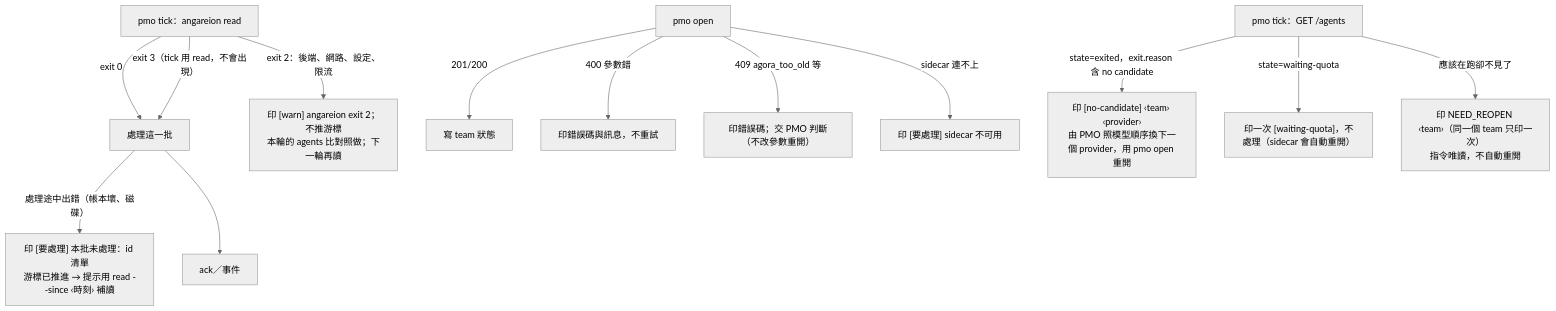
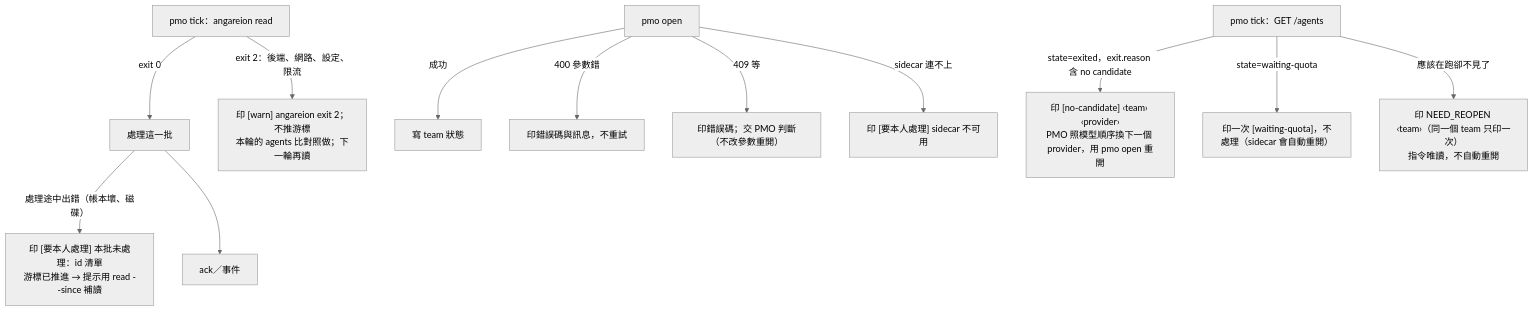
Before and after one commit to FATESAIKOU/MyAiStorage: the fourth of 5 diagrams in docs/design-notes/110-pmo-skill.md, drawn with Mermaid (neutral theme). The commit also changed other lines of this file and 2 other files, not shown here.

````diff
--- a/docs/design-notes/110-pmo-skill.md
+++ b/docs/design-notes/110-pmo-skill.md
@@ -139,15 +160,14 @@
 ```mermaid
 flowchart TD
   R["pmo tick：angareion read"] -->|exit 0| C["處理這一批"]
-  R -->|exit 3（tick 用 read，不會出現）| C
   R -->|exit 2：後端、網路、設定、限流| E2["印 [warn] angareion exit 2；不推游標<br/>本輪的 agents 比對照做；下一輪再讀"]
-  C -->|處理途中出錯（帳本壞、磁碟）| E3["印 [要處理] 本批未處理：id 清單<br/>游標已推進 → 提示用 read --since ‹時刻› 補讀"]
+  C -->|處理途中出錯（帳本壞、磁碟）| E3["印 [要本人處理] 本批未處理：id 清單<br/>游標已推進 → 提示用 read --since 補讀"]
   C --> OK["ack／事件"]
-  O["pmo open"] -->|201/200| ST["寫 team 狀態"]
+  O["pmo open"] -->|成功| ST["寫 team 狀態"]
   O -->|400 參數錯| E4["印錯誤碼與訊息，不重試"]
-  O -->|409 agora_too_old 等| E5["印錯誤碼；交 PMO 判斷（不改參數重開）"]
-  O -->|sidecar 連不上| E6["印 [要處理] sidecar 不可用"]
-  W["pmo tick：GET /agents"] -->|state=exited，exit.reason 含 no candidate| E7["印 [no-candidate] ‹team› ‹provider›<br/>由 PMO 照模型順序換下一個 provider，用 pmo open 重開"]
+  O -->|409 等| E5["印錯誤碼；交 PMO 判斷（不改參數重開）"]
+  O -->|sidecar 連不上| E6["印 [要本人處理] sidecar 不可用"]
+  W["pmo tick：GET /agents"] -->|state=exited，exit.reason 含 no candidate| E7["印 [no-candidate] ‹team› ‹provider›<br/>PMO 照模型順序換下一個 provider，用 pmo open 重開"]
   W -->|state=waiting-quota| Q["印一次 [waiting-quota]，不處理（sidecar 會自動重開）"]
   W -->|應該在跑卻不見了| E8["印 NEED_REOPEN ‹team›（同一個 team 只印一次）<br/>指令唯讀，不自動重開"]
 ```
````
